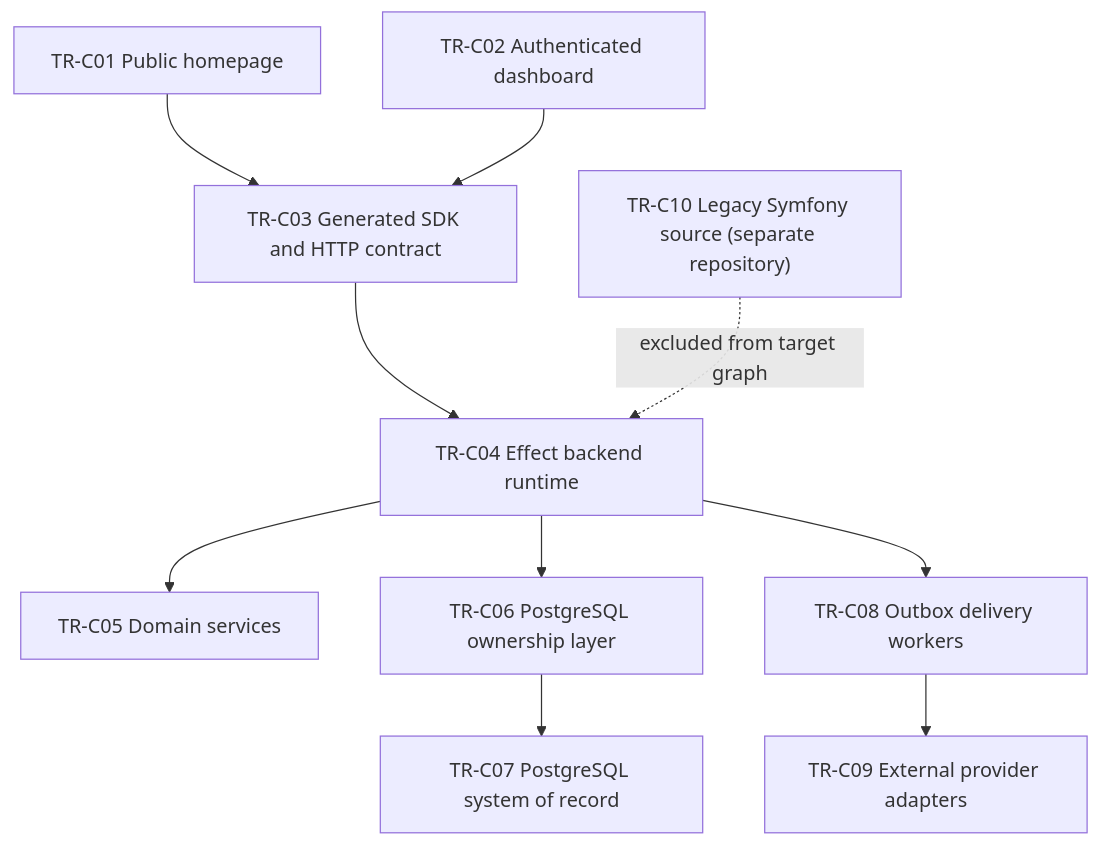
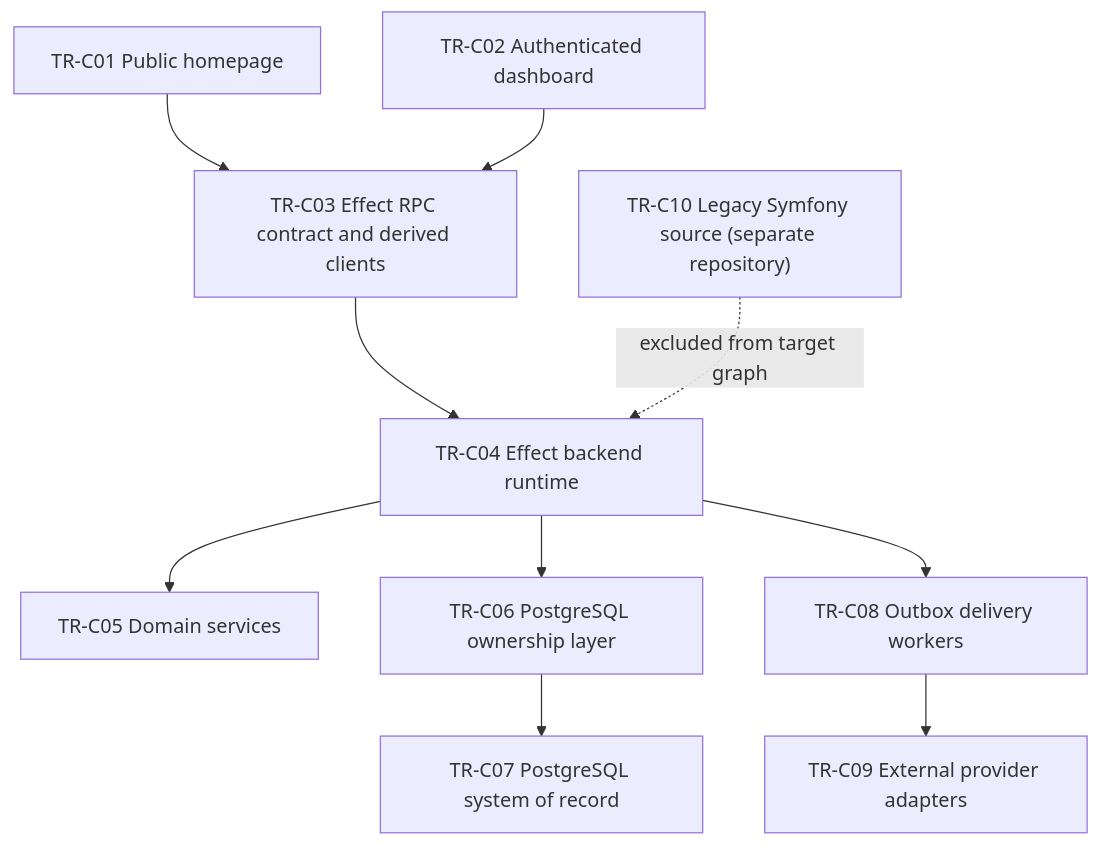
Before and after one commit to vektorprogrammet/mono-web: the eighth of 13 diagrams in docs/enterprise-models.md, drawn with Mermaid. The commit also changed other lines of this file and 26 other files, not shown here.

First line of the commit message:
docs: describe the RPC contract where documents and comments named the HTTP contract, SDK, or OpenAPI

````diff
--- a/docs/enterprise-models.md
+++ b/docs/enterprise-models.md
@@ -284,12 +284,12 @@
 ```mermaid
 flowchart TB
-  TC01["TR-C01 Public homepage"] --> TC03["TR-C03 Generated SDK and HTTP contract"]
+  TC01["TR-C01 Public homepage"] --> TC03["TR-C03 Effect RPC contract and derived clients"]
   TC02["TR-C02 Authenticated dashboard"] --> TC03
   TC03 --> TC04["TR-C04 Effect backend runtime"]
   TC04 --> TC05["TR-C05 Domain services"]
   TC04 --> TC06["TR-C06 PostgreSQL ownership layer"]
   TC06 --> TC07["TR-C07 PostgreSQL system of record"]
   TC04 --> TC08["TR-C08 Outbox delivery workers"]
   TC08 --> TC09["TR-C09 External provider adapters"]
   TC10["TR-C10 Legacy Symfony source (separate repository)"] -. "excluded from target graph" .-> TC04
 ```
````
